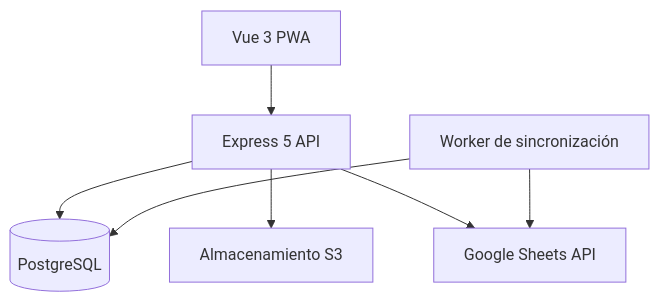
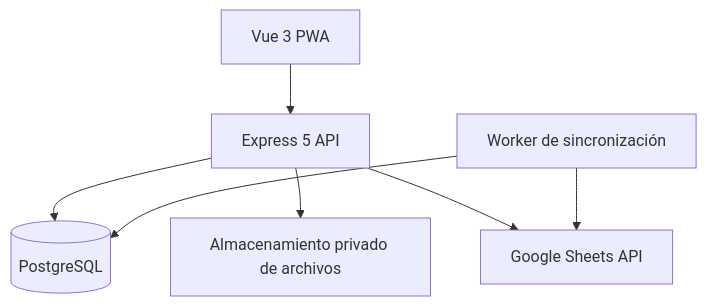
Before and after one commit to luistorres-idt/puk: the second of 2 diagrams in README.md, drawn with Mermaid. The commit also changed other lines of this file and 14 other files, not shown here.

````diff
--- a/README.md
+++ b/README.md
@@ -76,9 +76,9 @@
 ```mermaid
 flowchart TD
     Web[Vue 3 PWA] --> API[Express 5 API]
     API --> DB[(PostgreSQL)]
-    API --> S3[Almacenamiento S3]
+    API --> Storage[Almacenamiento privado de archivos]
     API --> Sheets[Google Sheets API]
     Worker[Worker de sincronización] --> DB
     Worker --> Sheets
 ```
````
